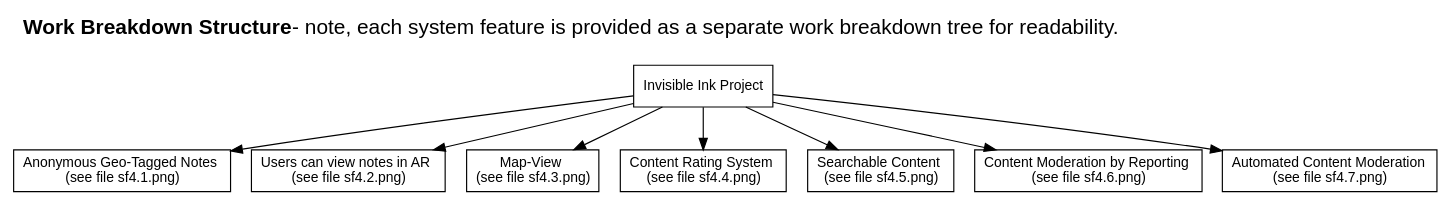
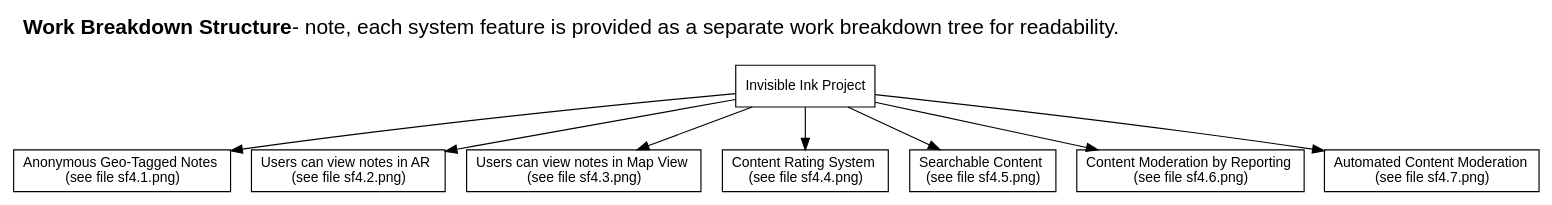
Before and after one commit to tamaramicevic/Invisible-Ink: the diagram in docs/work_breakdown_structure/work_breakdown_structure.dot, drawn with Graphviz. The commit also changed 7 other files, not shown here.

```diff
--- a/docs/work_breakdown_structure/work_breakdown_structure.dot
+++ b/docs/work_breakdown_structure/work_breakdown_structure.dot
@@ -1,24 +1,24 @@
 digraph L {
     label = <<b>Work Breakdown Structure</b> - note, each system feature is provided as a separate work breakdown tree for readability.<br/><br/>>;
     fontsize = 18
     fontname = Arial
     labelloc = "t"
     labeljust = "l"
     rankdir="TB"
 
     // Project Root
     node [shape=record fontname=Arial fontsize=12]
     0 [label="Invisible Ink Project"]
 
     1 [label=<Anonymous Geo-Tagged Notes <br/>(see file sf4.1.png)>]
     2 [label=<Users can view notes in AR <br/>(see file sf4.2.png)>]
-    3 [label=<Map-View <br/>(see file sf4.3.png)>]
+    3 [label=<Users can view notes in Map View <br/>(see file sf4.3.png)>]
     4 [label=<Content Rating System <br/>(see file sf4.4.png)>]
     5 [label=<Searchable Content <br/>(see file sf4.5.png)>]
     6 [label=<Content Moderation by Reporting <br/>(see file sf4.6.png)>]
     7 [label=<Automated Content Moderation <br/>(see file sf4.7.png)>]
 
     // System Features
     node [style=filled fillcolor="#FFCCCC"]
     0 -> 1, 2, 3, 4, 5, 6, 7
 }
```
